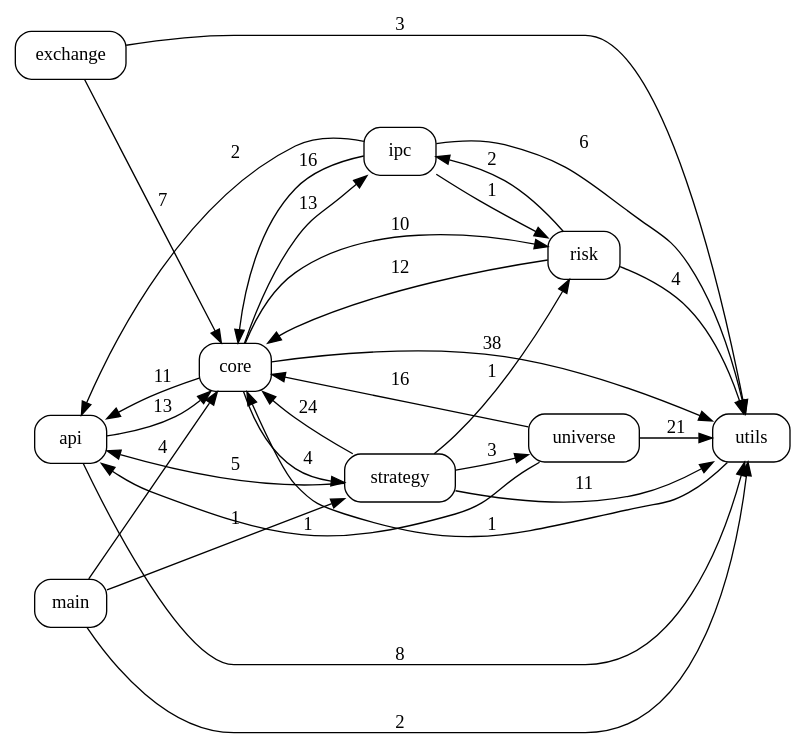
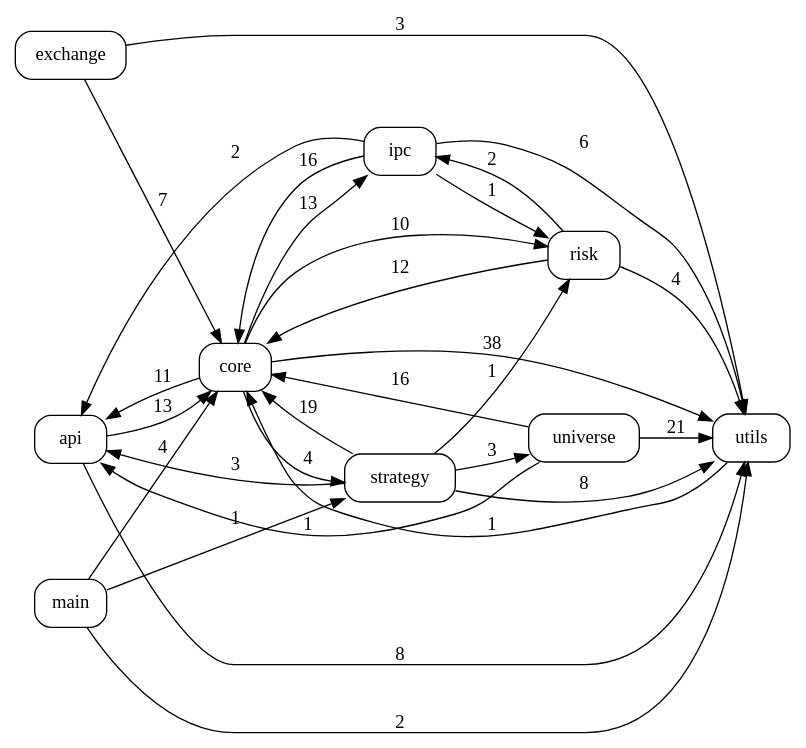
One commit to pypy8171/Quant changed the diagram in docs/code_graph.dot. Above: the diagram before and after it, drawn with Graphviz. The commit also changed 117 other files, not shown here.

```diff
--- a/docs/code_graph.dot
+++ b/docs/code_graph.dot
@@ -1,41 +1,41 @@
 digraph code_graph {
   rankdir=LR;
   node [shape=box, style=rounded, fontname="Consolas"];
   "api";
   "core";
   "exchange";
   "ipc";
   "main";
   "risk";
   "strategy";
   "universe";
   "utils";
   "api" -> "core" [label="13"];
   "api" -> "utils" [label="8"];
   "core" -> "api" [label="11"];
   "core" -> "ipc" [label="13"];
   "core" -> "risk" [label="10"];
   "core" -> "strategy" [label="4"];
   "core" -> "utils" [label="38"];
   "exchange" -> "core" [label="7"];
   "exchange" -> "utils" [label="3"];
   "ipc" -> "api" [label="2"];
   "ipc" -> "core" [label="16"];
   "ipc" -> "risk" [label="1"];
   "ipc" -> "utils" [label="6"];
   "main" -> "core" [label="4"];
   "main" -> "strategy" [label="1"];
   "main" -> "utils" [label="2"];
   "risk" -> "core" [label="12"];
   "risk" -> "ipc" [label="2"];
   "risk" -> "utils" [label="4"];
-  "strategy" -> "api" [label="5"];
-  "strategy" -> "core" [label="24"];
+  "strategy" -> "api" [label="3"];
+  "strategy" -> "core" [label="19"];
   "strategy" -> "risk" [label="1"];
   "strategy" -> "universe" [label="3"];
-  "strategy" -> "utils" [label="11"];
+  "strategy" -> "utils" [label="8"];
   "universe" -> "api" [label="1"];
   "universe" -> "core" [label="16"];
   "universe" -> "utils" [label="21"];
   "utils" -> "core" [label="1"];
 }
```
